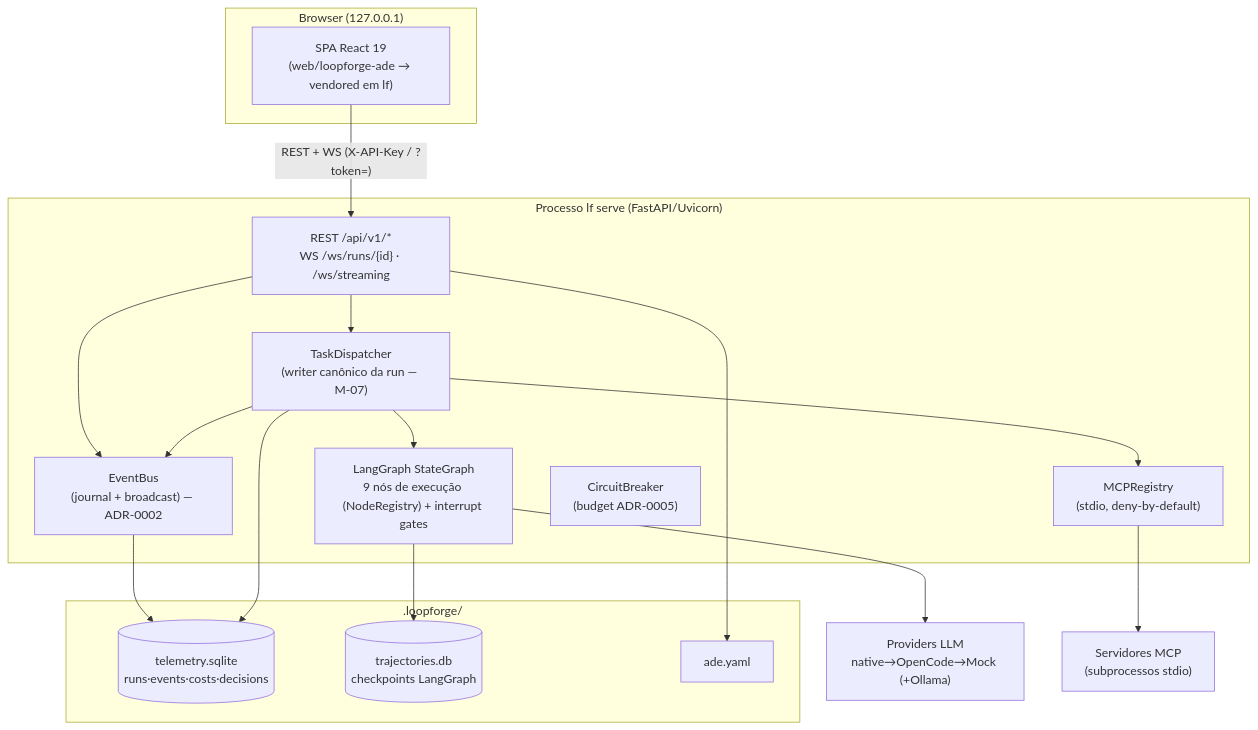
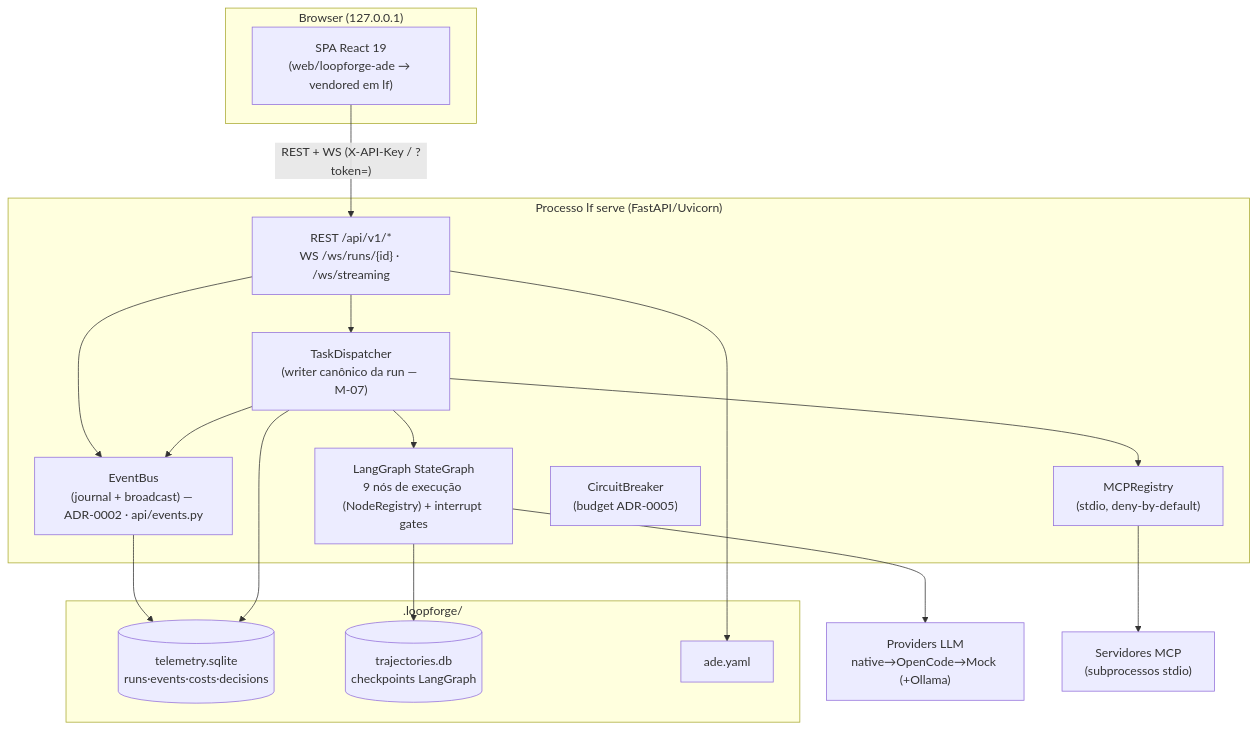
One commit to Lucas-Damasceno-dev/loopforge-ade changed the first of 2 diagrams in docs/02-arquitetura.md. Above: the diagram before and after it, drawn with Mermaid. The commit also changed other lines of this file and 20 other files, not shown here.

````diff
--- a/docs/02-arquitetura.md
+++ b/docs/02-arquitetura.md
@@ -5,33 +5,33 @@
 ```mermaid
 flowchart TB
     subgraph browser["Browser (127.0.0.1)"]
         SPA["SPA React 19<br/>(web/loopforge-ade → vendored em lf)"]
     end
     subgraph lf["Processo lf serve (FastAPI/Uvicorn)"]
         API["REST /api/v1/*<br/>WS /ws/runs/{id} · /ws/streaming"]
-        BUS["EventBus<br/>(journal + broadcast) — ADR-0002"]
+        BUS["EventBus<br/>(journal + broadcast) — ADR-0002 · api/events.py"]
         DISP["TaskDispatcher<br/>(writer canônico da run — M-07)"]
         GRAPH["LangGraph StateGraph<br/>9 nós de execução (NodeRegistry) + interrupt gates"]
         MCPR["MCPRegistry<br/>(stdio, deny-by-default)"]
         CB["CircuitBreaker<br/>(budget ADR-0005)"]
     end
     subgraph data[".loopforge/"]
         DB[("telemetry.sqlite<br/>runs·events·costs·decisions")]
         TRAJ[("trajectories.db<br/>checkpoints LangGraph")]
         YAML["ade.yaml"]
     end
     LLM["Providers LLM<br/>native→OpenCode→Mock (+Ollama)"]
     TOOLS["Servidores MCP<br/>(subprocessos stdio)"]
 
     SPA -- "REST + WS (X-API-Key / ?token=)" --> API
     API --> BUS
     API --> DISP
     DISP --> GRAPH
     DISP --> BUS
     GRAPH --> LLM
     DISP --> MCPR --> TOOLS
     BUS --> DB
     DISP --> DB
     GRAPH --> TRAJ
     API --> YAML
 ```
````
